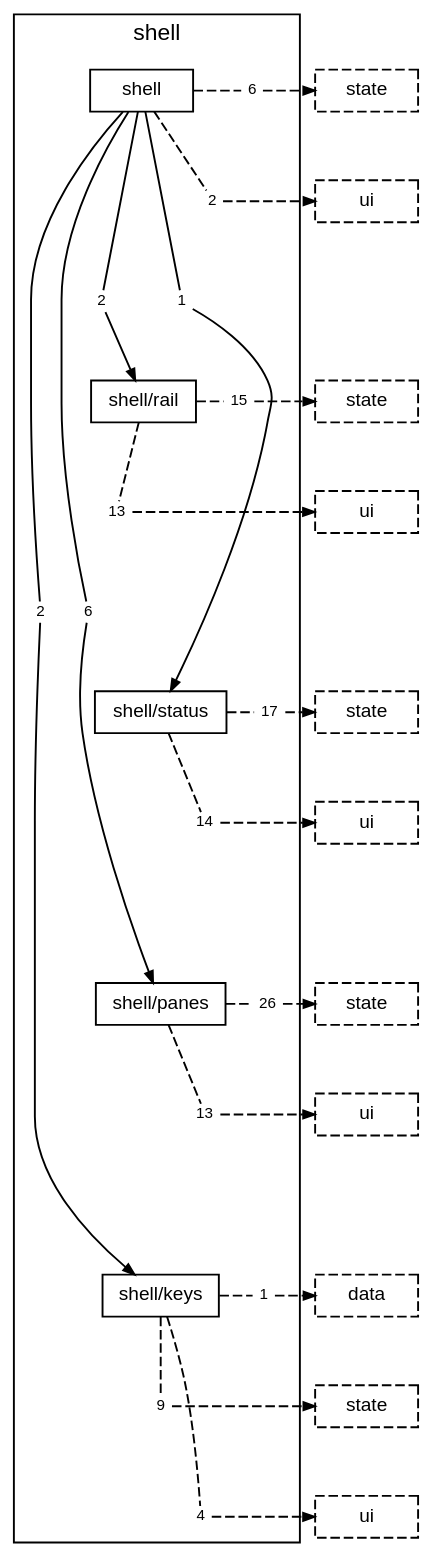
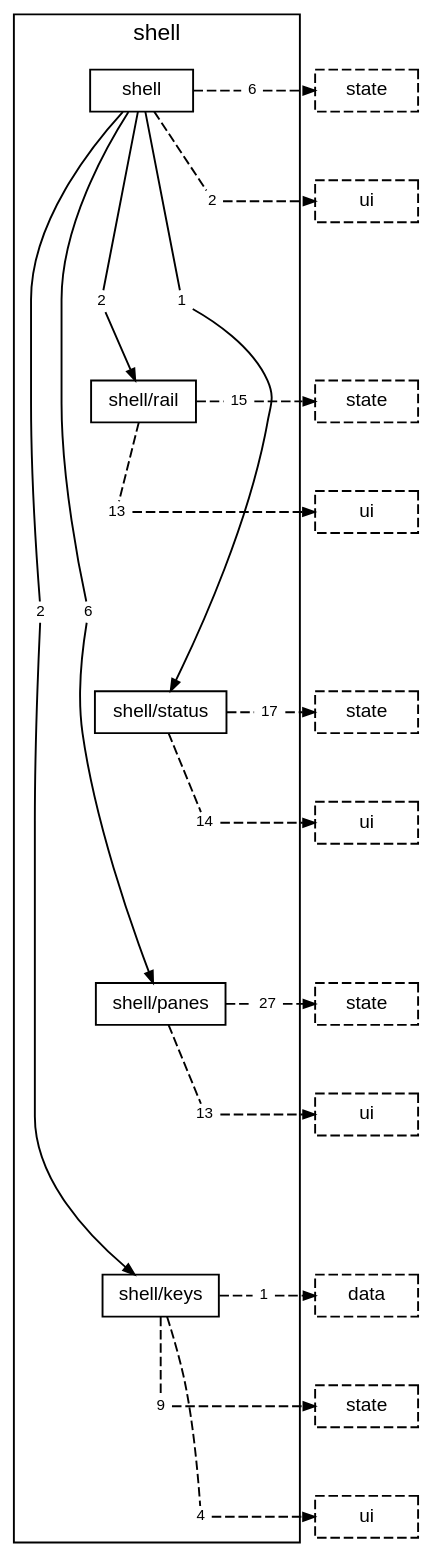
One commit to TheAxeC/oculus changed the diagram in docs/diagrams/layer-shell.dot. Above: the diagram before and after it, drawn with Graphviz. The commit also changed 31 other files, not shown here.

```diff
--- a/docs/diagrams/layer-shell.dot
+++ b/docs/diagrams/layer-shell.dot
@@ -1,84 +1,84 @@
 digraph layer_shell {
     graph [bgcolor="transparent", rankdir=TB, newrank=true, fontname="Helvetica,Arial,sans-serif", fontsize=12, nodesep=0.2, ranksep=0.5];
     node [shape=box, color="black", fontcolor="black", fontname="Helvetica,Arial,sans-serif", fontsize=10, height=0.3, margin="0.12,0.04"];
     edge [color="black", fontcolor="black", fontname="Helvetica,Arial,sans-serif", fontsize=8, arrowsize=0.6];
     subgraph "cluster_shell" {
         label="shell"; style=solid;
         "folder shell" [label="shell"];
         "folder shell/rail" [label="shell/rail"];
         "folder shell/status" [label="shell/status"];
         "folder shell/panes" [label="shell/panes"];
         "folder shell/keys" [label="shell/keys"];
         "folder shell to folder shell/keys" [label="2", shape=box, color="transparent", fontsize=8, width=0, height=0, margin="0.04,0.02"];
         "folder shell to folder shell/panes" [label="6", shape=box, color="transparent", fontsize=8, width=0, height=0, margin="0.04,0.02"];
         "folder shell to folder shell/rail" [label="2", shape=box, color="transparent", fontsize=8, width=0, height=0, margin="0.04,0.02"];
         "folder shell to folder shell/status" [label="1", shape=box, color="transparent", fontsize=8, width=0, height=0, margin="0.04,0.02"];
         "folder shell to layer state" [label="6", shape=box, color="transparent", fontsize=8, width=0, height=0, margin="0.04,0.02"];
         "folder shell to layer ui" [label="2", shape=box, color="transparent", fontsize=8, width=0, height=0, margin="0.04,0.02"];
         "folder shell/rail to layer state" [label="15", shape=box, color="transparent", fontsize=8, width=0, height=0, margin="0.04,0.02"];
         "folder shell/rail to layer ui" [label="13", shape=box, color="transparent", fontsize=8, width=0, height=0, margin="0.04,0.02"];
         "folder shell/status to layer state" [label="17", shape=box, color="transparent", fontsize=8, width=0, height=0, margin="0.04,0.02"];
         "folder shell/status to layer ui" [label="14", shape=box, color="transparent", fontsize=8, width=0, height=0, margin="0.04,0.02"];
-        "folder shell/panes to layer state" [label="26", shape=box, color="transparent", fontsize=8, width=0, height=0, margin="0.04,0.02"];
+        "folder shell/panes to layer state" [label="27", shape=box, color="transparent", fontsize=8, width=0, height=0, margin="0.04,0.02"];
         "folder shell/panes to layer ui" [label="13", shape=box, color="transparent", fontsize=8, width=0, height=0, margin="0.04,0.02"];
         "folder shell/keys to layer data" [label="1", shape=box, color="transparent", fontsize=8, width=0, height=0, margin="0.04,0.02"];
         "folder shell/keys to layer state" [label="9", shape=box, color="transparent", fontsize=8, width=0, height=0, margin="0.04,0.02"];
         "folder shell/keys to layer ui" [label="4", shape=box, color="transparent", fontsize=8, width=0, height=0, margin="0.04,0.02"];
     }
     "layer state from folder shell" [label="state", style=dashed];
     "layer ui from folder shell" [label="ui", style=dashed];
     "layer state from folder shell/rail" [label="state", style=dashed];
     "layer ui from folder shell/rail" [label="ui", style=dashed];
     "layer state from folder shell/status" [label="state", style=dashed];
     "layer ui from folder shell/status" [label="ui", style=dashed];
     "layer state from folder shell/panes" [label="state", style=dashed];
     "layer ui from folder shell/panes" [label="ui", style=dashed];
     "layer data from folder shell/keys" [label="data", style=dashed];
     "layer state from folder shell/keys" [label="state", style=dashed];
     "layer ui from folder shell/keys" [label="ui", style=dashed];
     "folder shell" -> "folder shell/rail" [style=invis, weight=10, minlen=3];
     "folder shell/rail" -> "folder shell/status" [style=invis, weight=10, minlen=3];
     "folder shell/status" -> "folder shell/panes" [style=invis, weight=10, minlen=3];
     "folder shell/panes" -> "folder shell/keys" [style=invis, weight=10, minlen=3];
     "folder shell" -> "folder shell to folder shell/keys" [arrowhead=none, minlen=5, weight=10];
     "folder shell to folder shell/keys" -> "folder shell/keys" [];
     "folder shell" -> "folder shell to folder shell/panes" [arrowhead=none, minlen=5, weight=10];
     "folder shell to folder shell/panes" -> "folder shell/panes" [];
     "folder shell" -> "folder shell to folder shell/rail" [arrowhead=none, minlen=2, weight=10];
     "folder shell to folder shell/rail" -> "folder shell/rail" [];
     "folder shell" -> "folder shell to folder shell/status" [arrowhead=none, minlen=2, weight=10];
     "folder shell to folder shell/status" -> "folder shell/status" [];
     "folder shell" -> "folder shell to layer state" [arrowhead=none, style=dashed];
     "folder shell to layer state" -> "layer state from folder shell" [style=dashed];
     { rank=same; "folder shell"; "folder shell to layer state"; "layer state from folder shell"; }
     "folder shell" -> "folder shell to layer ui" [arrowhead=none, style=dashed, minlen=1, weight=10];
     "folder shell to layer ui" -> "layer ui from folder shell" [style=dashed];
     { rank=same; "folder shell to layer ui"; "layer ui from folder shell"; }
     "folder shell/rail" -> "folder shell/rail to layer state" [arrowhead=none, style=dashed];
     "folder shell/rail to layer state" -> "layer state from folder shell/rail" [style=dashed];
     { rank=same; "folder shell/rail"; "folder shell/rail to layer state"; "layer state from folder shell/rail"; }
     "folder shell/rail" -> "folder shell/rail to layer ui" [arrowhead=none, style=dashed, minlen=1, weight=10];
     "folder shell/rail to layer ui" -> "layer ui from folder shell/rail" [style=dashed];
     { rank=same; "folder shell/rail to layer ui"; "layer ui from folder shell/rail"; }
     "folder shell/status" -> "folder shell/status to layer state" [arrowhead=none, style=dashed];
     "folder shell/status to layer state" -> "layer state from folder shell/status" [style=dashed];
     { rank=same; "folder shell/status"; "folder shell/status to layer state"; "layer state from folder shell/status"; }
     "folder shell/status" -> "folder shell/status to layer ui" [arrowhead=none, style=dashed, minlen=1, weight=10];
     "folder shell/status to layer ui" -> "layer ui from folder shell/status" [style=dashed];
     { rank=same; "folder shell/status to layer ui"; "layer ui from folder shell/status"; }
     "folder shell/panes" -> "folder shell/panes to layer state" [arrowhead=none, style=dashed];
     "folder shell/panes to layer state" -> "layer state from folder shell/panes" [style=dashed];
     { rank=same; "folder shell/panes"; "folder shell/panes to layer state"; "layer state from folder shell/panes"; }
     "folder shell/panes" -> "folder shell/panes to layer ui" [arrowhead=none, style=dashed, minlen=1, weight=10];
     "folder shell/panes to layer ui" -> "layer ui from folder shell/panes" [style=dashed];
     { rank=same; "folder shell/panes to layer ui"; "layer ui from folder shell/panes"; }
     "folder shell/keys" -> "folder shell/keys to layer data" [arrowhead=none, style=dashed];
     "folder shell/keys to layer data" -> "layer data from folder shell/keys" [style=dashed];
     { rank=same; "folder shell/keys"; "folder shell/keys to layer data"; "layer data from folder shell/keys"; }
     "folder shell/keys" -> "folder shell/keys to layer state" [arrowhead=none, style=dashed, minlen=1, weight=10];
     "folder shell/keys to layer state" -> "layer state from folder shell/keys" [style=dashed];
     { rank=same; "folder shell/keys to layer state"; "layer state from folder shell/keys"; }
     "folder shell/keys" -> "folder shell/keys to layer ui" [arrowhead=none, style=dashed, minlen=2, weight=10];
     "folder shell/keys to layer ui" -> "layer ui from folder shell/keys" [style=dashed];
     { rank=same; "folder shell/keys to layer ui"; "layer ui from folder shell/keys"; }
 }
```
